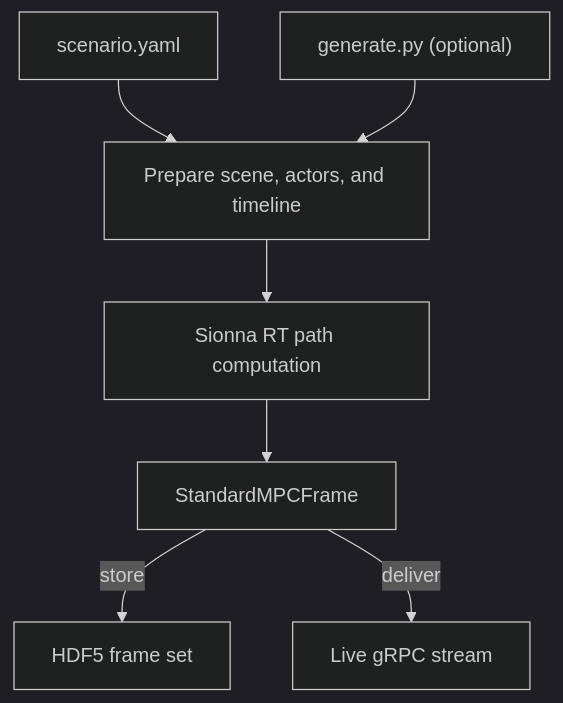
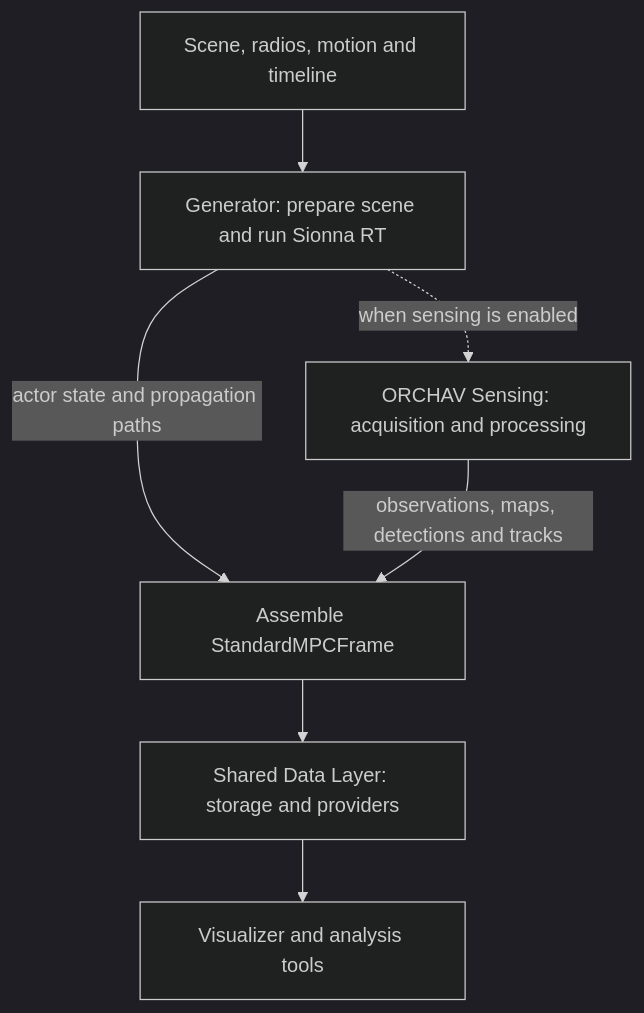
Before and after one commit to usnistgov/ORCHAV: the diagram in docs/generator/README.md, drawn with Mermaid (dark theme). The commit also changed other lines of this file and 1981 other files, not shown here.

````diff
--- a/docs/generator/README.md
+++ b/docs/generator/README.md
@@ -13,11 +20,9 @@
 ```mermaid
 flowchart TB
-    Scenario["scenario.yaml"]
-    Script["generate.py (optional)"]
-    Scenario --> Prepare["Prepare scene, actors, and timeline"]
-    Script --> Prepare
-    Prepare --> Sionna["Sionna RT path computation"]
-    Sionna --> Frame["StandardMPCFrame"]
-    Frame -- "store" --> Files["HDF5 frame set"]
-    Frame -- "deliver" --> Live["Live gRPC stream"]
+    Scenario["Scene, radios, motion and timeline"] --> Generator["Generator: prepare scene and run Sionna RT"]
+    Generator -->|"actor state and propagation paths"| Frames["Assemble StandardMPCFrame"]
+    Generator -.->|"when sensing is enabled"| Sensing["ORCHAV Sensing: acquisition and processing"]
+    Sensing -->|"observations, maps, detections and tracks"| Frames
+    Frames --> Delivery["Shared Data Layer: storage and providers"]
+    Delivery --> Consumers["Visualizer and analysis tools"]
 ```
````
